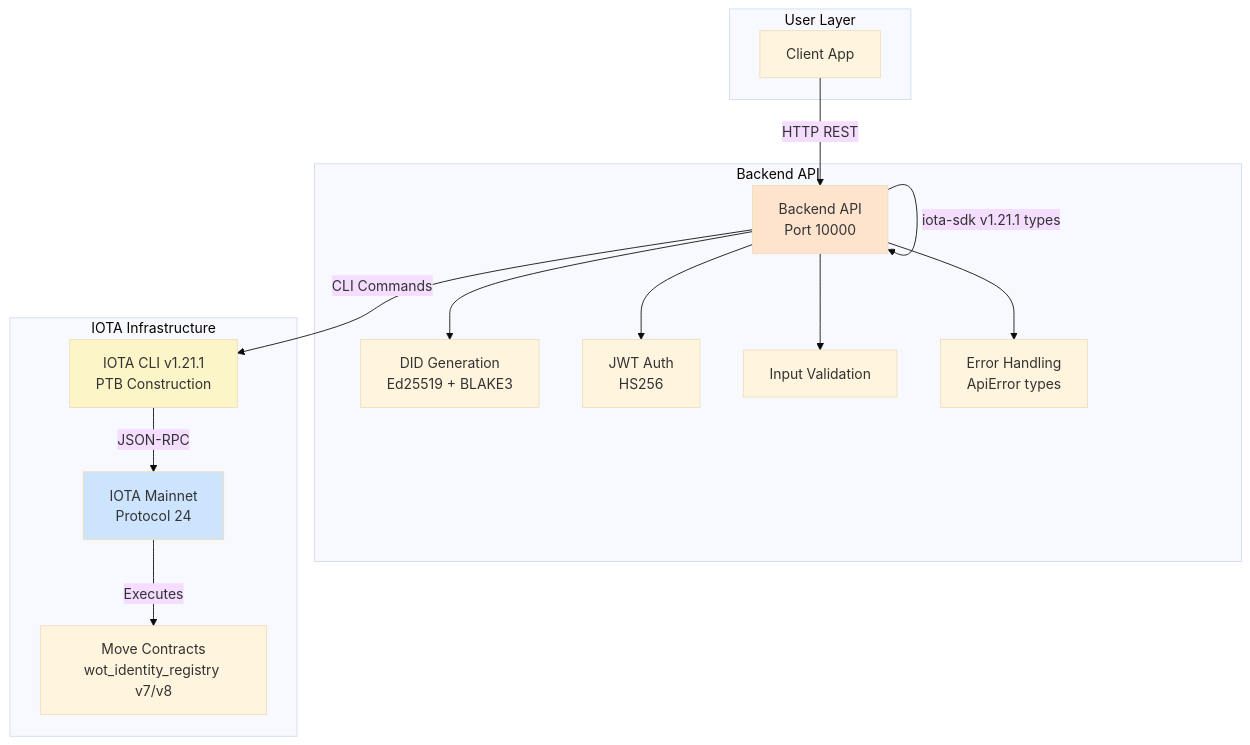
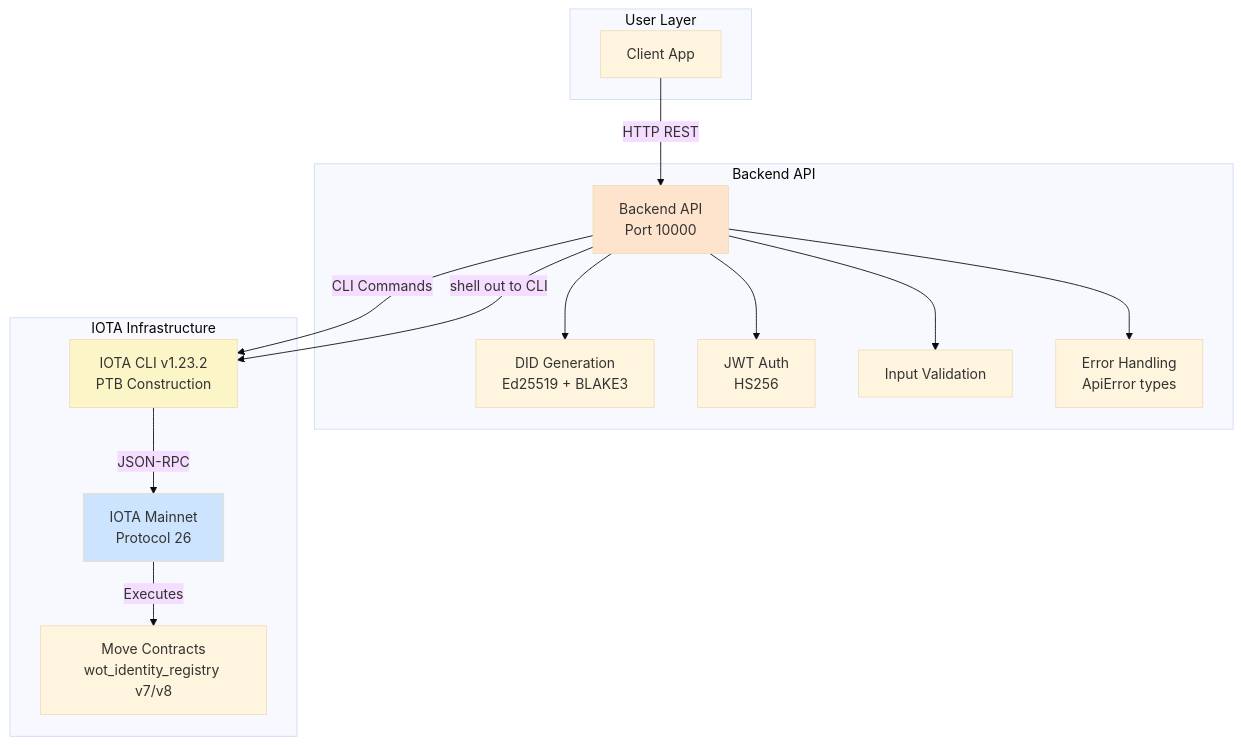
Before and after one commit to theweboftrust/wot.id-public-docs: the first of 4 diagrams in 04_Backend_And_Identity_Service.md, drawn with Mermaid (base theme). The commit also changed other lines of this file and 10 other files, not shown here.

````diff
--- a/04_Backend_And_Identity_Service.md
+++ b/04_Backend_And_Identity_Service.md
@@ -44,34 +46,34 @@
 ```mermaid
 graph TD
     subgraph User Layer
         Client[Client App]
     end
 
     subgraph Backend API
         Backend[Backend API<br/>Port 10000]
         DID[DID Generation<br/>Ed25519 + BLAKE3]
         Auth[JWT Auth<br/>HS256]
         Validation[Input Validation]
         ErrorHandling[Error Handling<br/>ApiError types]
     end
 
     subgraph IOTA Infrastructure
-        Mainnet[IOTA Mainnet<br/>Protocol 24]
-        CLI[IOTA CLI v1.21.1<br/>PTB Construction]
+        Mainnet[IOTA Mainnet<br/>Protocol 26]
+        CLI[IOTA CLI v1.23.2<br/>PTB Construction]
         Contracts[Move Contracts<br/>wot_identity_registry v7/v8]
     end
 
     Client -- HTTP REST --> Backend
     Backend --> DID
     Backend --> Auth
     Backend --> Validation
     Backend --> ErrorHandling
     Backend -- CLI Commands --> CLI
     CLI -- JSON-RPC --> Mainnet
     Mainnet -- Executes --> Contracts
-    Backend -- iota-sdk v1.21.1 types --> Backend
+    Backend -- shell out to CLI --> CLI
 
     style Backend fill:#ffe4cd
     style Mainnet fill:#cde4ff
     style CLI fill:#fcf5c7
 ```
````
